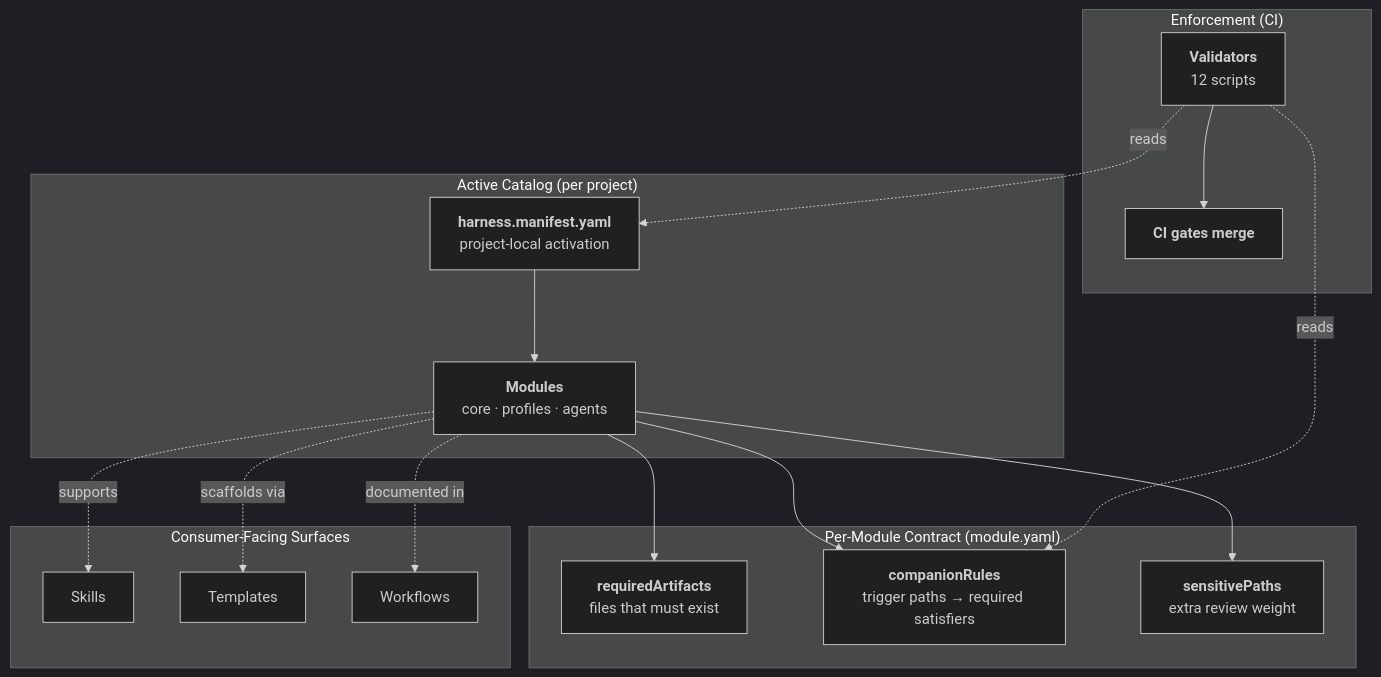
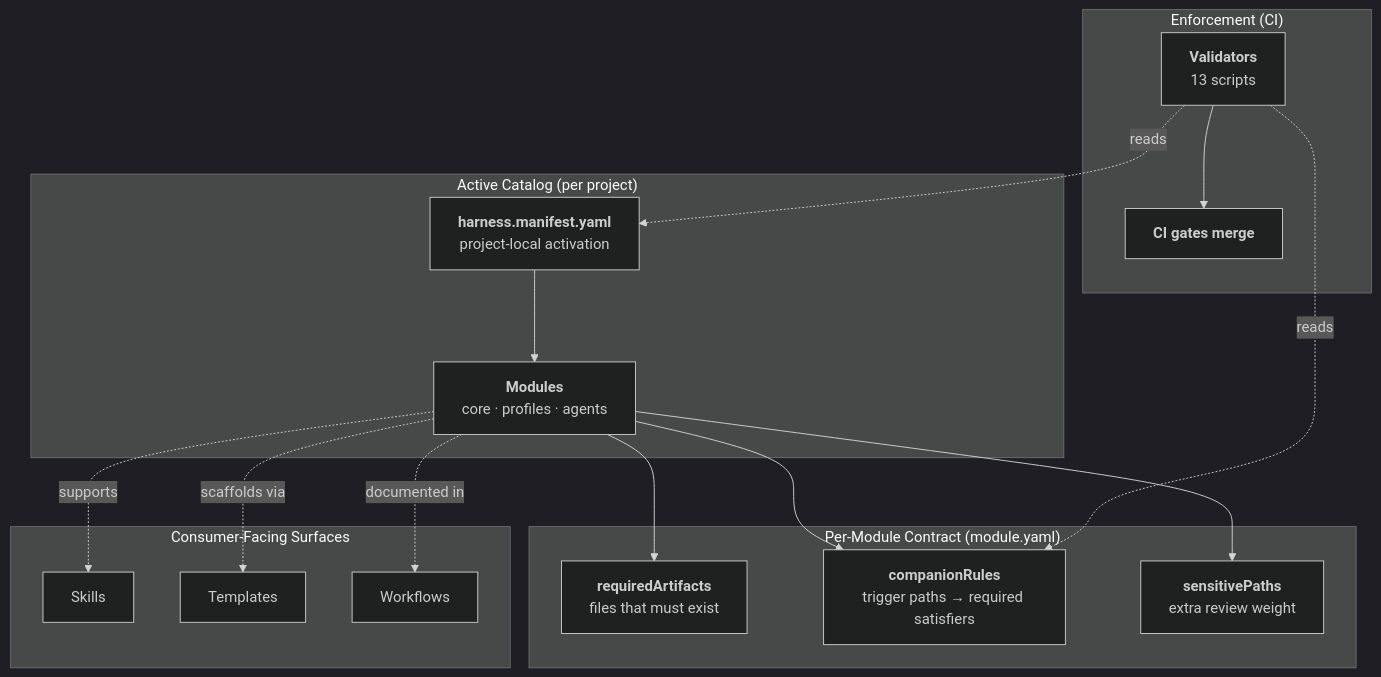
One commit to unclenate/auto-harness changed the diagram in README.md. Above: the diagram before and after it, drawn with Mermaid (dark theme). The commit also changed other lines of this file and 27 other files, not shown here.

````diff
--- a/README.md
+++ b/README.md
@@ -130,31 +130,31 @@
 ```mermaid
 flowchart TD
     Manifest["<b>harness.manifest.yaml</b><br/>project-local activation"]
 
     subgraph CATALOG["Active Catalog (per project)"]
         Manifest --> Modules["<b>Modules</b><br/>core · profiles · agents"]
     end
 
     subgraph CONTRACT["Per-Module Contract (module.yaml)"]
         Modules --> Required["<b>requiredArtifacts</b><br/>files that must exist"]
         Modules --> Companions["<b>companionRules</b><br/>trigger paths → required satisfiers"]
         Modules --> Sensitive["<b>sensitivePaths</b><br/>extra review weight"]
     end
 
     subgraph ENFORCE["Enforcement (CI)"]
-        Validators["<b>Validators</b><br/>12 scripts"]
+        Validators["<b>Validators</b><br/>13 scripts"]
         Validators -.reads.-> Manifest
         Validators -.reads.-> Companions
         Validators --> CIGate["<b>CI gates merge</b>"]
     end
 
     subgraph SURFACE["Consumer-Facing Surfaces"]
         Skills["Skills"]
         Templates["Templates"]
         Workflows["Workflows"]
     end
 
     Modules -.supports.-> Skills
     Modules -.scaffolds via.-> Templates
     Modules -.documented in.-> Workflows
 ```
````
